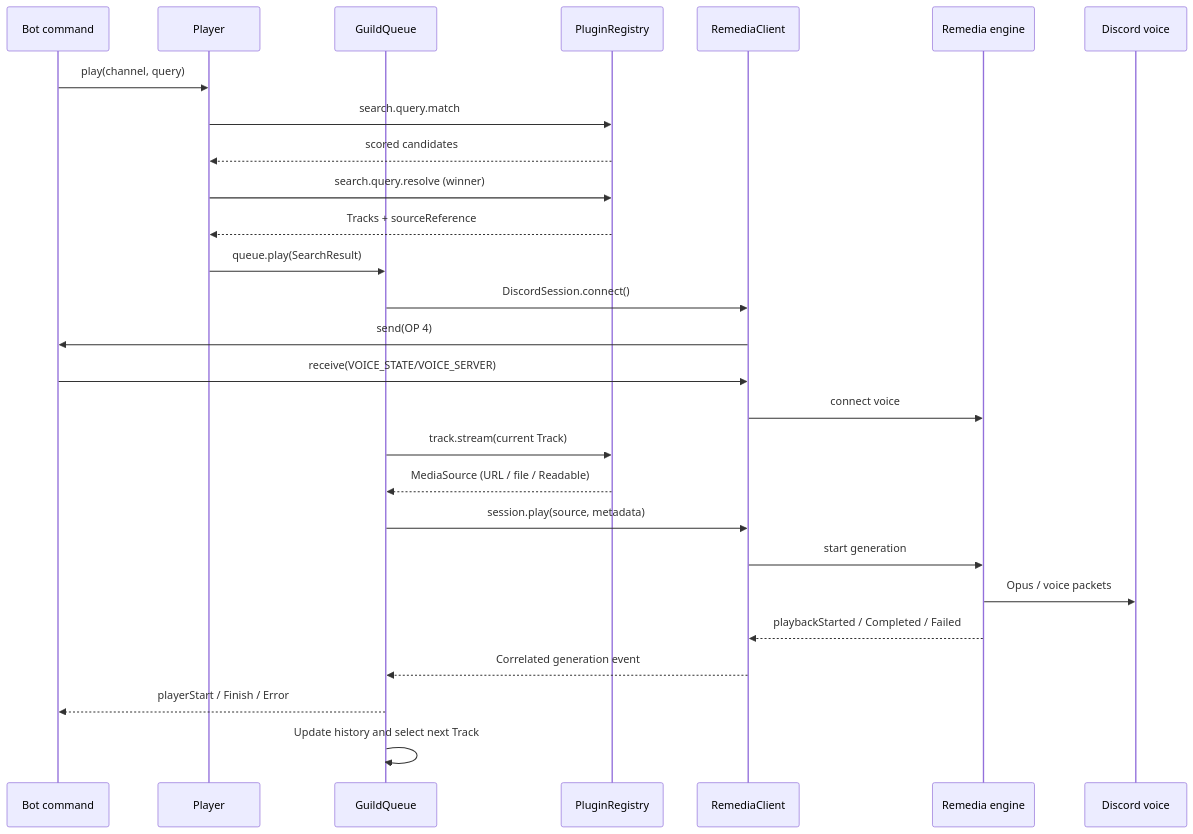
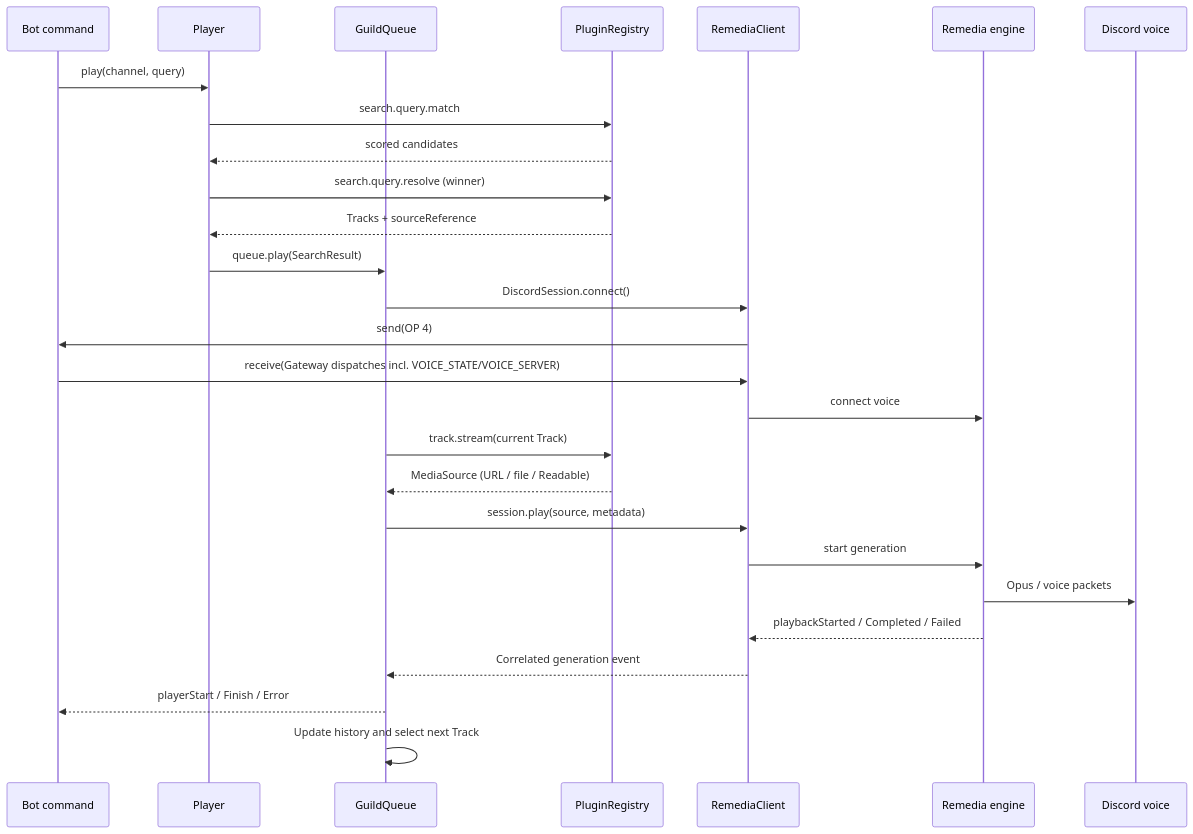
One commit to Androz2091/discord-player changed the diagram in apps/website/content/docs/architecture/lifecycle.mdx. Above: the diagram before and after it, drawn with Mermaid. The commit also changed 25 other files, not shown here.

````diff
--- a/apps/website/content/docs/architecture/lifecycle.mdx
+++ b/apps/website/content/docs/architecture/lifecycle.mdx
@@ -16,30 +16,30 @@
 ```mermaid
 sequenceDiagram
   participant Bot as Bot command
   participant P as Player
   participant Q as GuildQueue
   participant S as PluginRegistry
   participant R as RemediaClient
   participant E as Remedia engine
   participant D as Discord voice
 
   Bot->>P: play(channel, query)
   P->>S: search.query.match
   S-->>P: scored candidates
   P->>S: search.query.resolve (winner)
   S-->>P: Tracks + sourceReference
   P->>Q: queue.play(SearchResult)
   Q->>R: DiscordSession.connect()
   R->>Bot: send(OP 4)
-  Bot->>R: receive(VOICE_STATE/VOICE_SERVER)
+  Bot->>R: receive(Gateway dispatches incl. VOICE_STATE/VOICE_SERVER)
   R->>E: connect voice
   Q->>S: track.stream(current Track)
   S-->>Q: MediaSource (URL / file / Readable)
   Q->>R: session.play(source, metadata)
   R->>E: start generation
   E->>D: Opus / voice packets
   E-->>R: playbackStarted / Completed / Failed
   R-->>Q: Correlated generation event
   Q-->>Bot: playerStart / Finish / Error
   Q->>Q: Update history and select next Track
 ```
````
